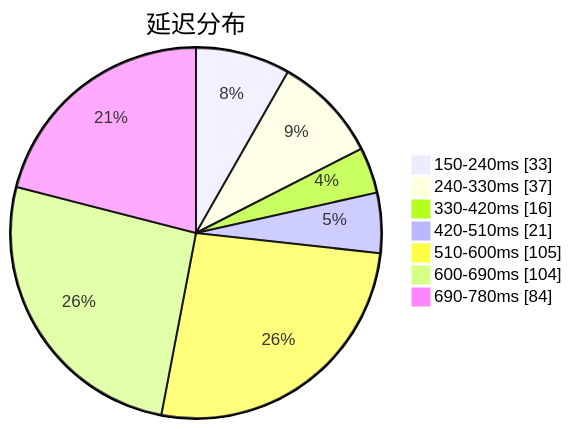
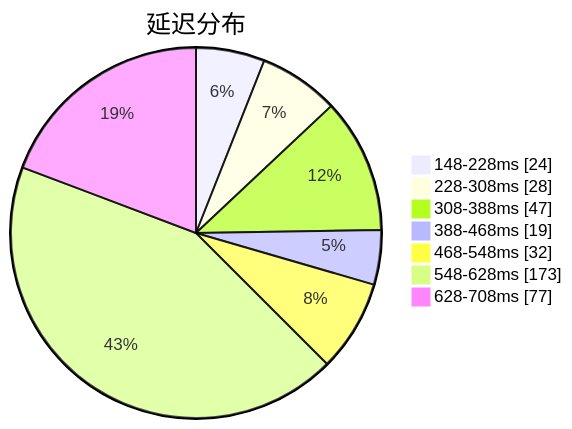
One commit to qjlxg/airport changed the first of 3 diagrams in subs/statistics/tested_within.md. Above: the diagram before and after it, drawn with Mermaid. The commit also changed other lines of this file and 2 other files, not shown here.

Commit message:
Tested by metaST

````diff
--- a/subs/statistics/tested_within.md
+++ b/subs/statistics/tested_within.md
@@ -2,11 +2,11 @@
 ```mermaid
 pie showData
 title 延迟分布
-"150-240ms" : 33
-"240-330ms" : 37
-"330-420ms" : 16
-"420-510ms" : 21
-"510-600ms" : 105
-"600-690ms" : 104
-"690-780ms" : 84
+"148-228ms" : 24
+"228-308ms" : 28
+"308-388ms" : 47
+"388-468ms" : 19
+"468-548ms" : 32
+"548-628ms" : 173
+"628-708ms" : 77
 ```
````
